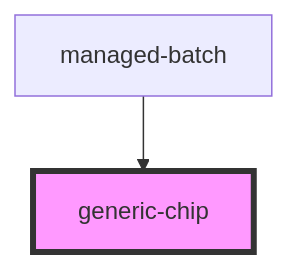
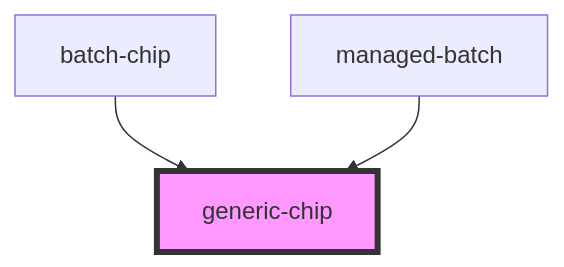
The diagram in pdm-web-components/src/components/generic-chip/readme.md (PharmaLedger-IMI/fgt-workspace), drawn with Mermaid before and after one commit. The commit also changed other lines of this file and 33 other files, not shown here.

````diff
--- a/pdm-web-components/src/components/generic-chip/readme.md
+++ b/pdm-web-components/src/components/generic-chip/readme.md
@@ -24,5 +35,6 @@
 ```mermaid
 graph TD;
+  batch-chip --> generic-chip
   managed-batch --> generic-chip
   style generic-chip fill:#f9f,stroke:#333,stroke-width:4px
 ```
````
